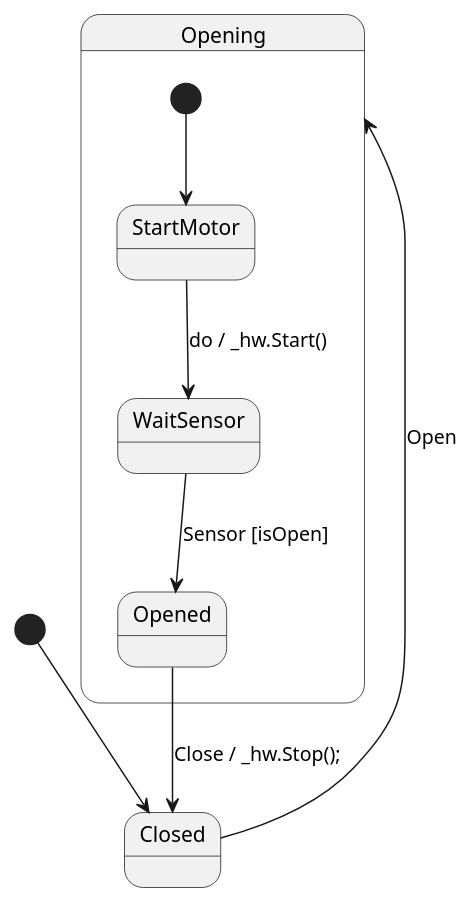
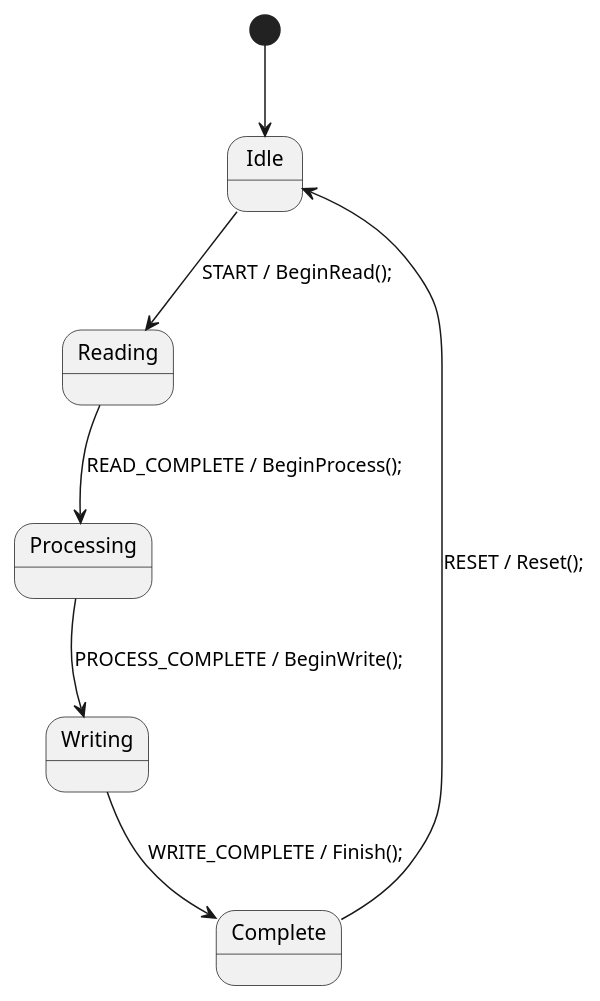
The second of 2 diagrams in README.md (IAFahim/statesmith-skills), drawn with PlantUML before and after one commit. The commit also changed other lines of this file, not shown here.

````diff
--- a/README.md
+++ b/README.md
@@ -229,21 +103,24 @@
 ```plantuml
-@startuml Door
+@startuml DataProcessor
 /'! $CONFIG : toml
 SmRunnerSettings.transpilerId = "CSharp"
 [RenderConfig.CSharp]
-NameSpace = "Demo;"
-[RenderConfig]
-AutoExpandedVars = """
-private readonly IDoorHardware _hw;
+NameSpace = "MyApp.Processing"
+Usings = """
+using System;
+using System.Collections.Generic;
 """
+UsePartialClass = true
 '/
-[*] --> Closed
-Closed --> Opening : Open
-state Opening {
-  [*] --> StartMotor
-  StartMotor --> WaitSensor : do / _hw.Start()
-  WaitSensor --> Opened : Sensor [isOpen]
-}
-Opened --> Closed : Close / _hw.Stop();
+
+[*] --> Idle
+
+Idle --> Reading : START / BeginRead();
+Reading --> Processing : READ_COMPLETE / BeginProcess();
+Processing --> Writing : PROCESS_COMPLETE / BeginWrite();
+Writing --> Complete : WRITE_COMPLETE / Finish();
+
+Complete --> Idle : RESET / Reset();
+
 @enduml
 ```
````
